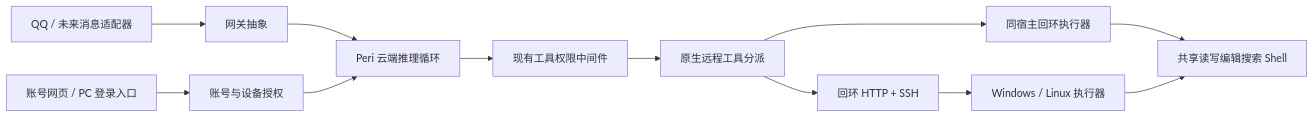
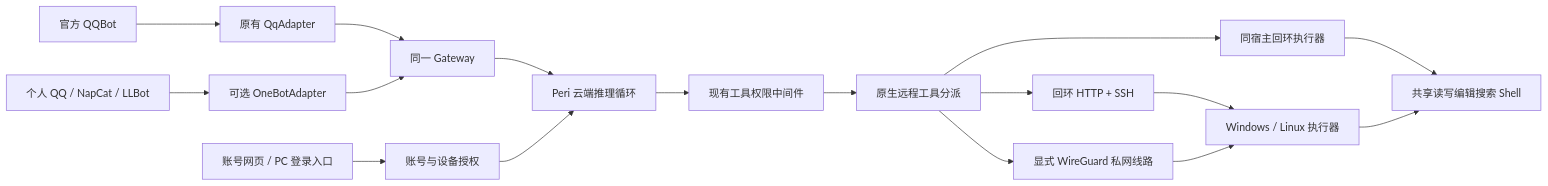
One commit to Teens-in-Times/peri-cloud changed the diagram in docs/architecture.md. Above: the diagram before and after it, drawn with Mermaid. The commit also changed other lines of this file and 66 other files, not shown here.

Commit message:
feat: add QQ-first controls, optional OneBot gateway and WireGuard transport

````diff
--- a/docs/architecture.md
+++ b/docs/architecture.md
@@ -3,14 +3,19 @@
 ```mermaid
 flowchart LR
-  QQ[QQ / 未来消息适配器] --> Gateway[网关抽象]
+  QQ[官方 QQBot] --> QqAdapter[原有 QqAdapter]
+  QqAdapter --> Gateway[同一 Gateway]
+  Personal[个人 QQ / NapCat / LLBot] --> OneBot[可选 OneBotAdapter]
+  OneBot --> Gateway
   Browser[账号网页 / PC 登录入口] --> Identity[账号与设备授权]
   Gateway --> Cloud[Peri 云端推理循环]
   Identity --> Cloud
   Cloud --> Permission[现有工具权限中间件]
   Permission --> Remote[原生远程工具分派]
   Remote --> SSH[回环 HTTP + SSH]
   SSH --> Executor[Windows / Linux 执行器]
+  Remote --> WG[显式 WireGuard 私网线路]
+  WG --> Executor
   Remote --> Local[同宿主回环执行器]
   Local --> Tools
   Executor --> Tools[共享读写编辑搜索 Shell]
 ```
````
